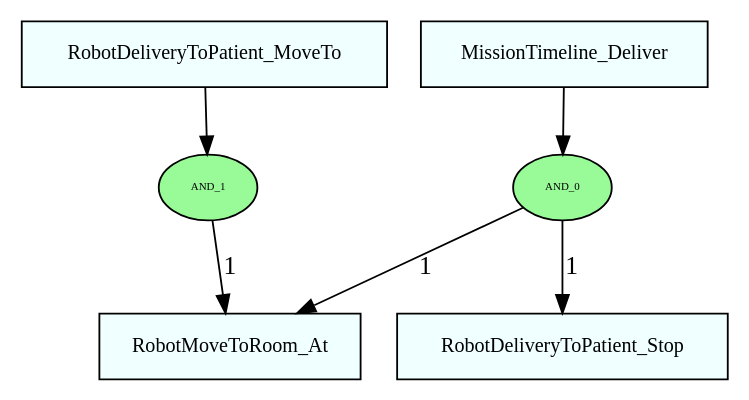
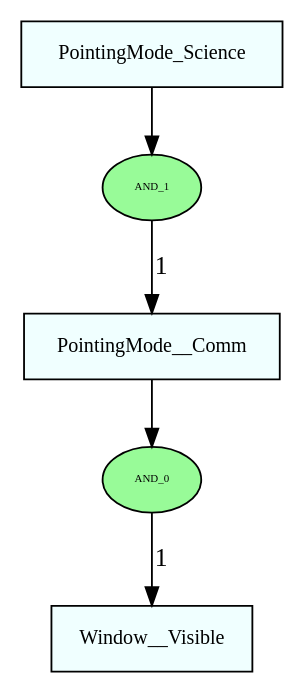
The diagram in decomposition_graph.dot (pstlab/PLATINUm), drawn with Graphviz before and after one commit. The commit also changed 6 other files, not shown here.

```diff
--- a/decomposition_graph.dot
+++ b/decomposition_graph.dot
@@ -1,12 +1,11 @@
 digraph decomposition_graph {
 	rankdir=TB;
 	node [fontsize=11, style=filled, fillcolor=azure, shape = box]
 	AND_0 [fontsize=6, shape= oval, style=filled, fillcolor= palegreen];
-	MissionTimeline_Deliver -> AND_0;
-	AND_0 -> RobotDeliveryToPatient_Stop [label= "1"];
-	AND_0 -> RobotMoveToRoom_At [label= "1"];
+	PointingMode__Comm -> AND_0;
+	AND_0 -> Window__Visible [label= "1"];
 	AND_1 [fontsize=6, shape= oval, style=filled, fillcolor= palegreen];
-	RobotDeliveryToPatient_MoveTo -> AND_1;
-	AND_1 -> RobotMoveToRoom_At [label= "1"];
+	PointingMode_Science -> AND_1;
+	AND_1 -> PointingMode__Comm [label= "1"];
 
 }
```
